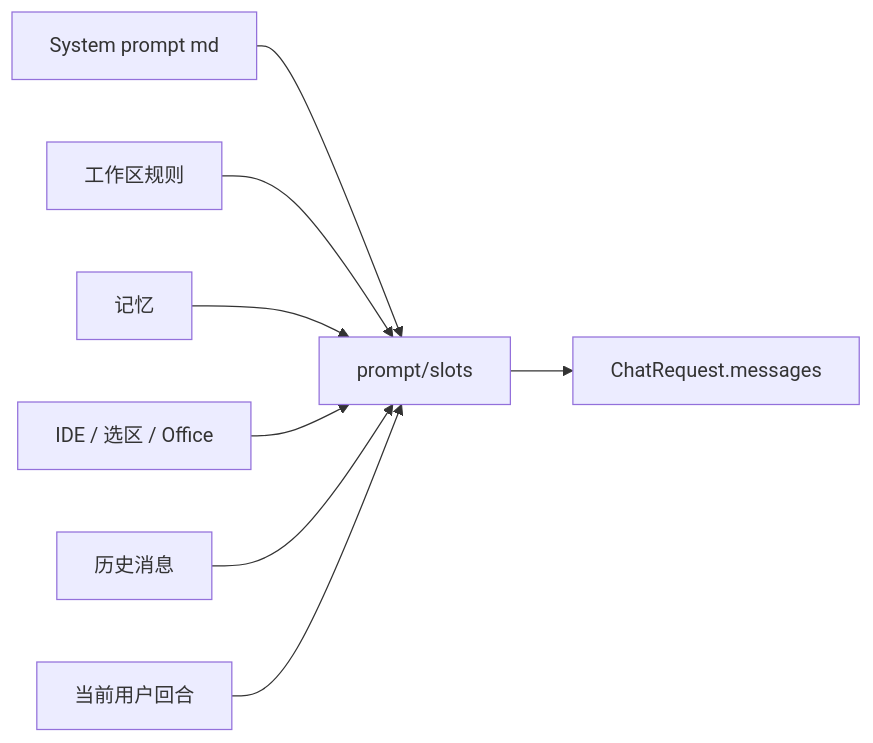
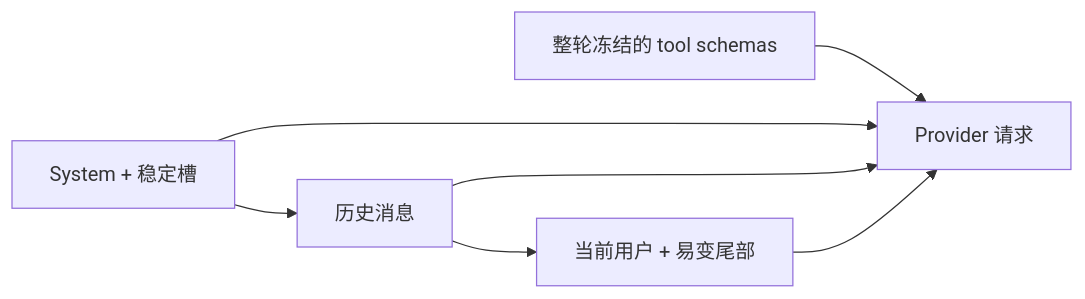
Diagram 15 of 20 in docs/architecture-overview.zh-CN.md (rururunu/Anya), drawn with Mermaid before and after one commit. The commit also changed other lines of this file and 235 other files, not shown here.

First line of the commit message:
feat: v0.2.22 分栏 Diff、字体设置、宠物图集与插件 pet/deepseek API

````diff
--- a/docs/architecture-overview.zh-CN.md
+++ b/docs/architecture-overview.zh-CN.md
@@ -612,10 +637,9 @@
 ```mermaid
 flowchart LR
-  SYS[System prompt md] --> SLOT[prompt/slots]
-  RULE[工作区规则] --> SLOT
-  MEM[记忆] --> SLOT
-  IDE[IDE / 选区 / Office] --> SLOT
-  HIST[历史消息] --> SLOT
-  USER[当前用户回合] --> SLOT
-  SLOT --> REQ[ChatRequest.messages]
+  SYS[System + 稳定槽] --> HIST[历史消息]
+  HIST --> USER[当前用户 + 易变尾部]
+  TOOLS[整轮冻结的 tool schemas] --> REQ[Provider 请求]
+  SYS --> REQ
+  HIST --> REQ
+  USER --> REQ
 ```
````
